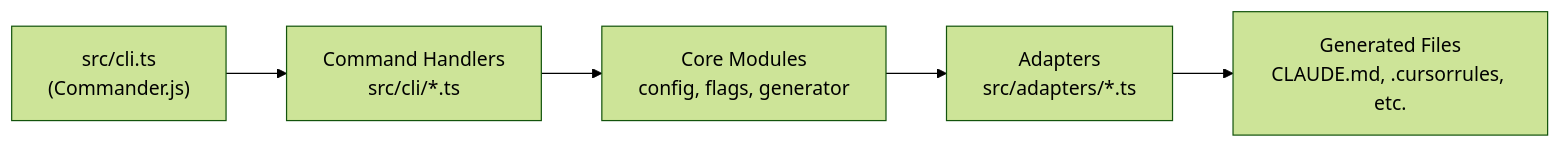
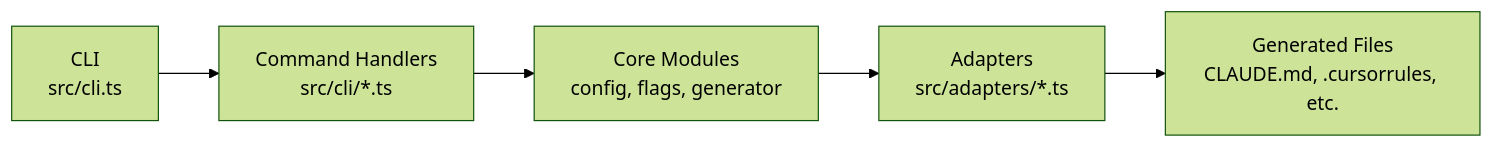
Before and after one commit to lehidalgo/codi: the first of 4 diagrams in docs/architecture.md, drawn with Mermaid (forest theme). The commit also changed other lines of this file and 150 other files, not shown here.

````diff
--- a/docs/architecture.md
+++ b/docs/architecture.md
@@ -7,7 +7,7 @@
 ```mermaid
 flowchart LR
-    CLI["src/cli.ts<br>(Commander.js)"] --> Handlers["Command Handlers<br>src/cli/*.ts"]
-    Handlers --> Core["Core Modules<br>config, flags, generator"]
-    Core --> Adapters["Adapters<br>src/adapters/*.ts"]
-    Adapters --> Output["Generated Files<br>CLAUDE.md, .cursorrules, etc."]
+    CLI["CLI<br/>src/cli.ts"] --> Handlers["Command Handlers<br/>src/cli/*.ts"]
+    Handlers --> Core["Core Modules<br/>config, flags, generator"]
+    Core --> Adapters["Adapters<br/>src/adapters/*.ts"]
+    Adapters --> Output["Generated Files<br/>CLAUDE.md, .cursorrules, etc."]
 ```
````
